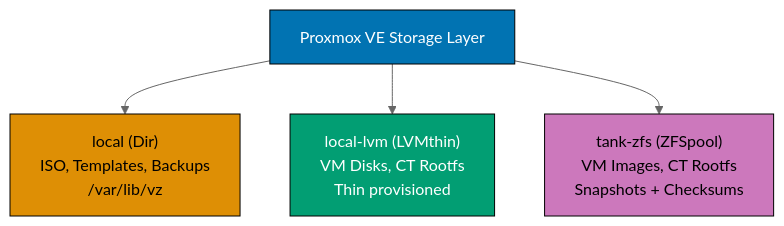
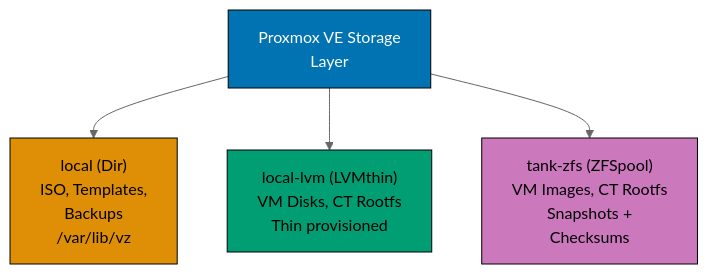
One commit to wahidyankf/ose-public changed the fifth of 9 diagrams in apps/ayokoding-www/content/en/learn/legacy/software-engineering/infrastructure/tools/proxmox/by-example/beginner.md. Above: the diagram before and after it, drawn with Mermaid (neutral theme). The commit also changed other lines of this file and 131 other files, not shown here.

First line of the commit message:
fix(mermaid): bring the legacy data, infrastructure, and testing diagrams onto the accessible palette

````diff
--- a/apps/ayokoding-www/content/en/learn/legacy/software-engineering/infrastructure/tools/proxmox/by-example/beginner.md
+++ b/apps/ayokoding-www/content/en/learn/legacy/software-engineering/infrastructure/tools/proxmox/by-example/beginner.md
@@ -878,12 +903,19 @@
 ```mermaid
 %% Color Palette: Blue #0173B2, Orange #DE8F05, Teal #029E73, Purple #CC78BC, Brown #CA9161
 graph TD
-    A["Proxmox VE Storage Layer"] --> B["local (Dir)<br/>ISO, Templates, Backups<br/>/var/lib/vz"]
+    accTitle: Example 20: Set Up Local Storage: Directory, LVM, ZFS Pool
+    accDescr: Graph with 4 nodes and 3 connections. Nodes: Proxmox VE Storage Layer, local (Dir) ISO, Templates, Backups /var/lib/vz, local-lvm (LVMthin) VM Disks, CT Rootfs Thin provisioned, tank-zfs (ZFSpool) VM Images, CT Rootfs Snapshots + Checksums. Connections: Proxmox VE Storage Layer to local (Dir) ISO, Templates, Backups /var/lib/vz, Proxmox VE Storage Layer to local-lvm (LVMthin) VM Disks, CT Rootfs Thin provisioned, Proxmox VE Storage Layer to tank-zfs (ZFSpool) VM Images, CT Rootfs Snapshots + Checksums.
+    A["Proxmox VE Storage<br/>Layer"] --> B["local (Dir)<br/>ISO, Templates,<br/>Backups<br/>/var/lib/vz"]
     A --> C["local-lvm (LVMthin)<br/>VM Disks, CT Rootfs<br/>Thin provisioned"]
-    A --> D["tank-zfs (ZFSpool)<br/>VM Images, CT Rootfs<br/>Snapshots + Checksums"]
+    A --> D["tank-zfs (ZFSpool)<br/>VM Images, CT Rootfs<br/>Snapshots +<br/>Checksums"]
 
-    style A fill:#0173B2,color:#fff,stroke:#000
-    style B fill:#DE8F05,color:#000,stroke:#000
-    style C fill:#029E73,color:#fff,stroke:#000
-    style D fill:#CC78BC,color:#000,stroke:#000
+    classDef pal-0173B2 fill:#0173B2,stroke:#000000,color:#FFFFFF
+    class A pal-0173B2
+    classDef pal-DE8F05 fill:#DE8F05,stroke:#000000,color:#000000
+    class B pal-DE8F05
+    classDef pal-029E73 fill:#029E73,stroke:#000000,color:#000000
+    class C pal-029E73
+    classDef pal-CC78BC fill:#CC78BC,stroke:#000000,color:#000000
+    class D pal-CC78BC
+    classDef default fill:#FFFFFF,stroke:#000000,color:#000000
 ```
````
